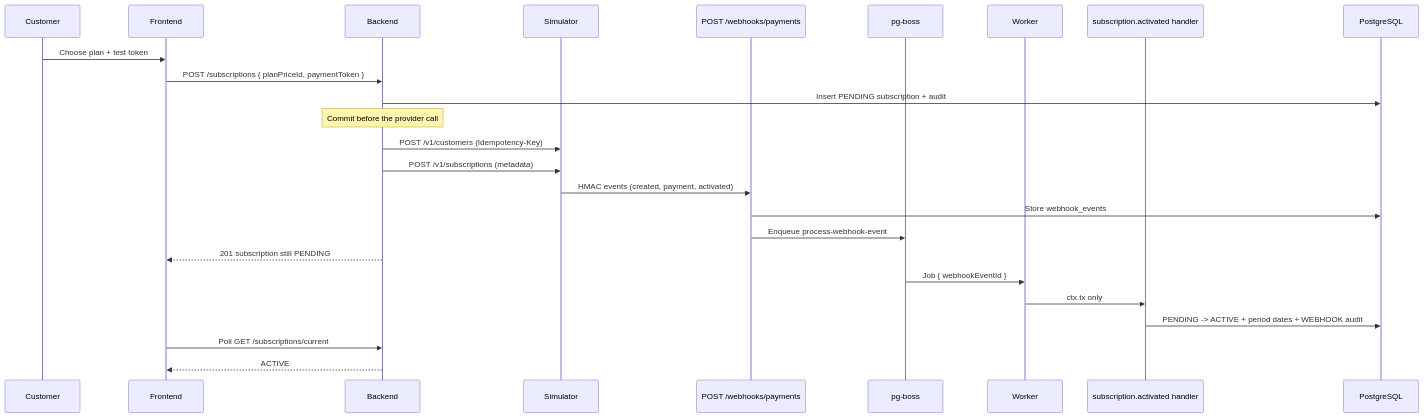
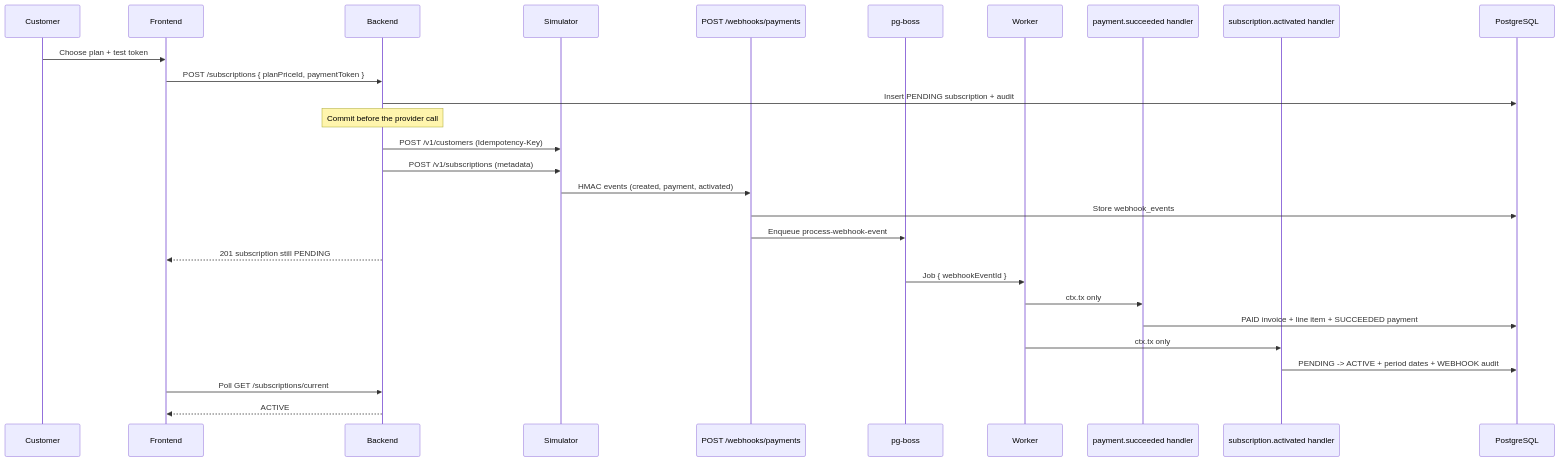
One commit to Darshan043/saas-billing-portal changed the diagram in docs/subscriptions-checkout.md. Above: the diagram before and after it, drawn with Mermaid. The commit also changed other lines of this file and 34 other files, not shown here.

````diff
--- a/docs/subscriptions-checkout.md
+++ b/docs/subscriptions-checkout.md
@@ -7,28 +7,31 @@
 ```mermaid
 sequenceDiagram
   participant Customer
   participant Frontend
   participant Backend
   participant Simulator
   participant Webhook as POST /webhooks/payments
   participant Queue as pg-boss
   participant Worker
+  participant PayHandler as payment.succeeded handler
   participant Handler as subscription.activated handler
   participant DB as PostgreSQL
 
   Customer->>Frontend: Choose plan + test token
   Frontend->>Backend: POST /subscriptions { planPriceId, paymentToken }
   Backend->>DB: Insert PENDING subscription + audit
   Note over Backend: Commit before the provider call
   Backend->>Simulator: POST /v1/customers (Idempotency-Key)
   Backend->>Simulator: POST /v1/subscriptions (metadata)
   Simulator->>Webhook: HMAC events (created, payment, activated)
   Webhook->>DB: Store webhook_events
   Webhook->>Queue: Enqueue process-webhook-event
   Backend-->>Frontend: 201 subscription still PENDING
   Queue->>Worker: Job { webhookEventId }
+  Worker->>PayHandler: ctx.tx only
+  PayHandler->>DB: PAID invoice + line item + SUCCEEDED payment
   Worker->>Handler: ctx.tx only
   Handler->>DB: PENDING -> ACTIVE + period dates + WEBHOOK audit
   Frontend->>Backend: Poll GET /subscriptions/current
   Backend-->>Frontend: ACTIVE
 ```
````
